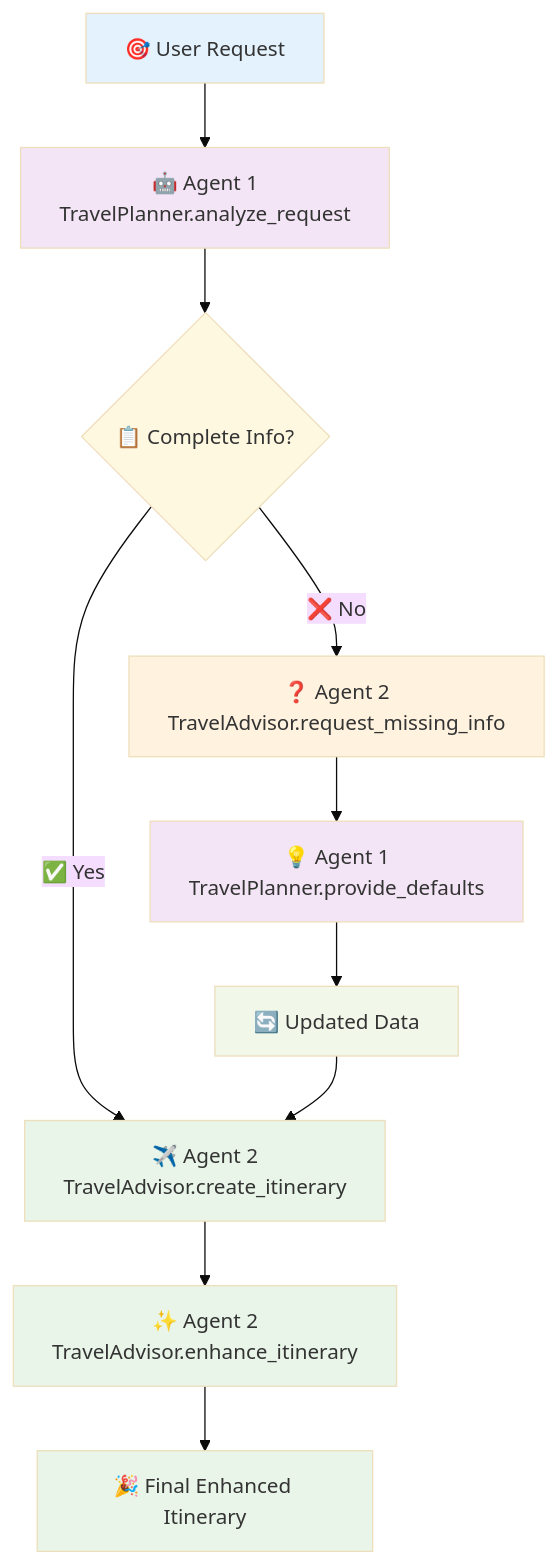
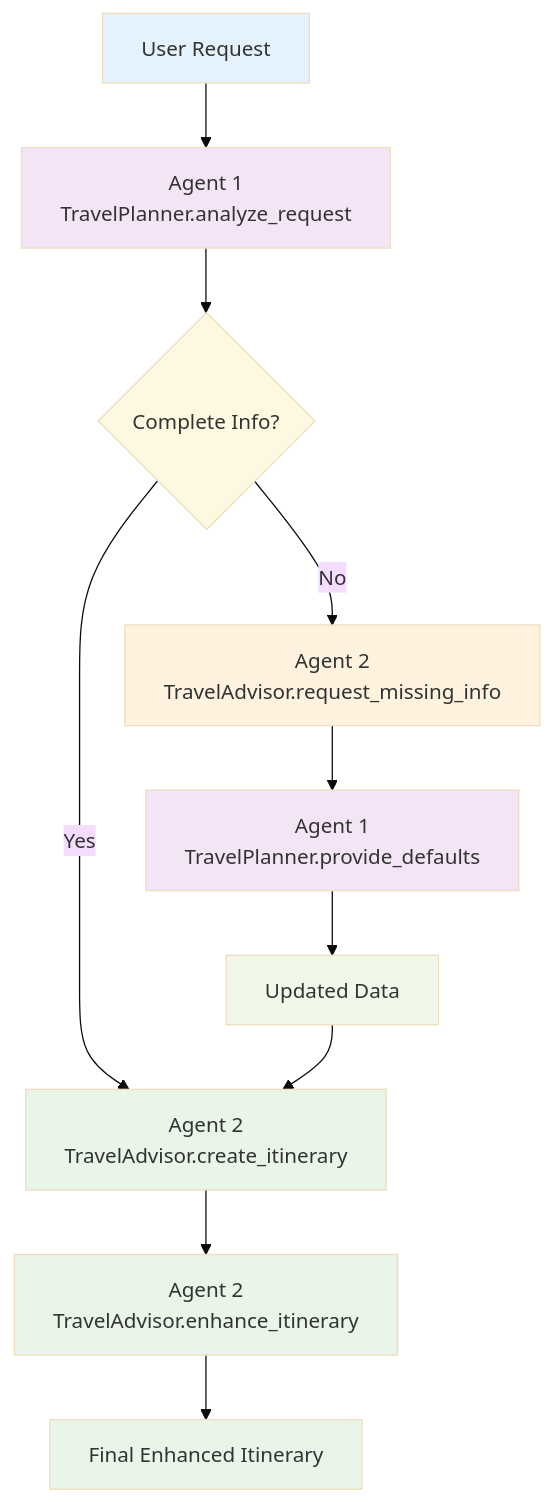
One commit to iamask/multi-agent-travel-planner changed the diagram in README.md. Above: the diagram before and after it, drawn with Mermaid (base theme). The commit also changed other lines of this file, not shown here.

````diff
--- a/README.md
+++ b/README.md
@@ -59,22 +59,22 @@
 ```mermaid
 graph TD
-    A[🎯 User Request] --> B[🤖 Agent 1<br/>TravelPlanner.analyze_request]
-    B --> C{📋 Complete Info?}
-    C -->|✅ Yes| D[✈️ Agent 2<br/>TravelAdvisor.create_itinerary]
-    C -->|❌ No| E[❓ Agent 2<br/>TravelAdvisor.request_missing_info]
-    E --> F[💡 Agent 1<br/>TravelPlanner.provide_defaults]
-    F --> G[🔄 Updated Data]
+    A[User Request] --> B[Agent 1<br/>TravelPlanner.analyze_request]
+    B --> C{Complete Info?}
+    C -->|Yes| D[Agent 2<br/>TravelAdvisor.create_itinerary]
+    C -->|No| E[Agent 2<br/>TravelAdvisor.request_missing_info]
+    E --> F[Agent 1<br/>TravelPlanner.provide_defaults]
+    F --> G[Updated Data]
     G --> D
-    D --> H[✨ Agent 2<br/>TravelAdvisor.enhance_itinerary]
-    H --> I[🎉 Final Enhanced Itinerary]
+    D --> H[Agent 2<br/>TravelAdvisor.enhance_itinerary]
+    H --> I[Final Enhanced Itinerary]
 
     style A fill:#e3f2fd
     style B fill:#f3e5f5
     style C fill:#fff8e1
     style D fill:#e8f5e8
     style E fill:#fff3e0
     style F fill:#f3e5f5
     style G fill:#f1f8e9
     style H fill:#e8f5e8
     style I fill:#e8f5e8
 ```
````
